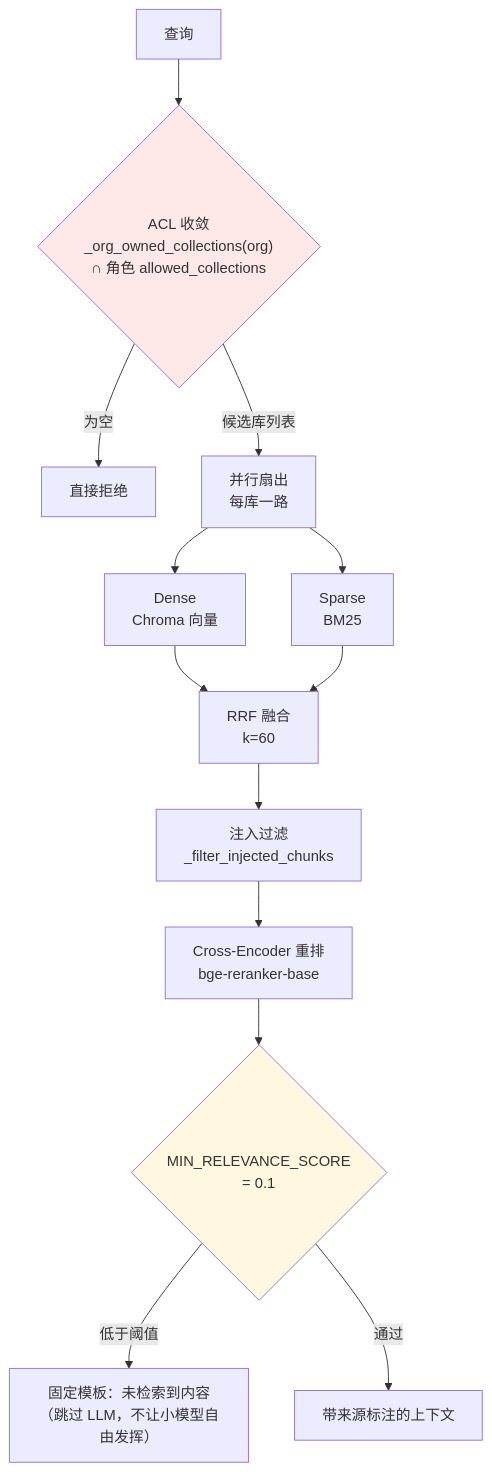
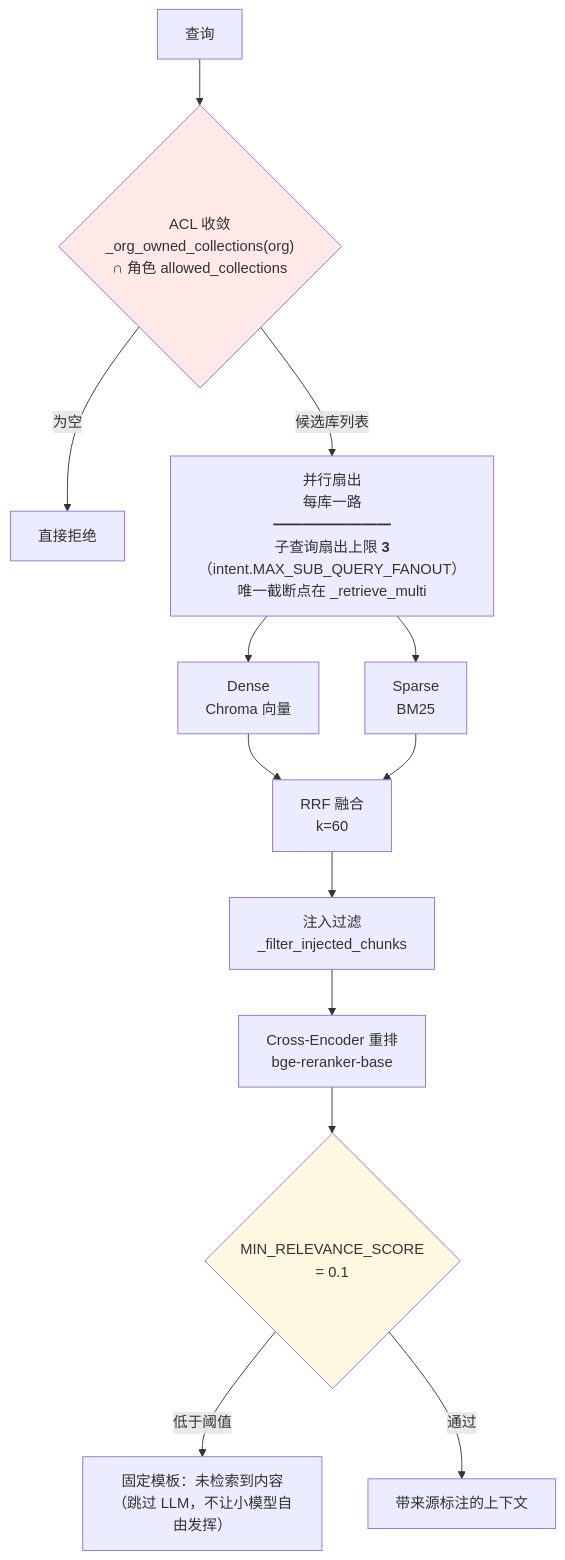
One commit to lineagemtw0002-sketch/enterprise-qa-agent changed the fifth of 6 diagrams in docs/architecture.md. Above: the diagram before and after it, drawn with Mermaid. The commit also changed other lines of this file, not shown here.

First line of the commit message:
docs: sync architecture.md with tonight's D1/D2 and observability changes

````diff
--- a/docs/architecture.md
+++ b/docs/architecture.md
@@ -228,19 +228,19 @@
 ```mermaid
 flowchart TB
     Q["查询"] --> ACL{"ACL 收敛<br/>_org_owned_collections(org)<br/>∩ 角色 allowed_collections"}
     ACL -->|为空| DENY["直接拒绝"]
-    ACL -->|候选库列表| FAN["并行扇出<br/>每库一路"]
+    ACL -->|候选库列表| FAN["并行扇出<br/>每库一路<br/>━━━━━━━━<br/>子查询扇出上限 <b>3</b><br/>（intent.MAX_SUB_QUERY_FANOUT）<br/>唯一截断点在 _retrieve_multi"]
 
     FAN --> D["Dense<br/>Chroma 向量"]
     FAN --> S["Sparse<br/>BM25"]
     D --> RRF["RRF 融合<br/>k=60"]
     S --> RRF
     RRF --> INJ["注入过滤<br/>_filter_injected_chunks"]
     INJ --> RR["Cross-Encoder 重排<br/>bge-reranker-base"]
     RR --> TH{"MIN_RELEVANCE_SCORE<br/>= 0.1"}
     TH -->|低于阈值| EMPTY["固定模板：未检索到内容<br/>（跳过 LLM，不让小模型自由发挥）"]
     TH -->|通过| OUT["带来源标注的上下文"]
 
     style ACL fill:#ffe8e8
     style TH fill:#fff8e0
 ```
````
